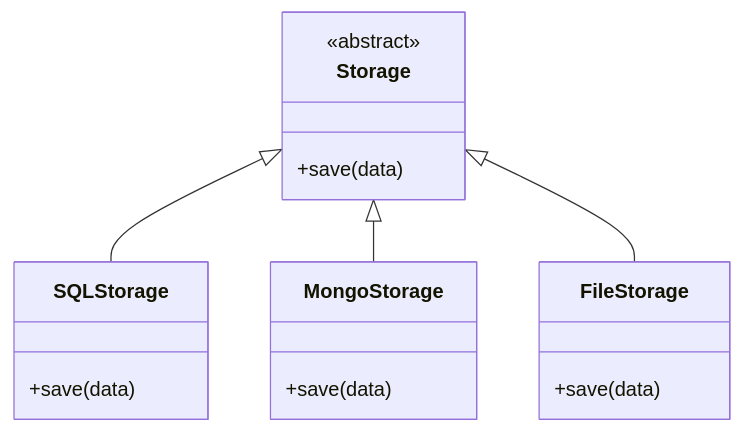
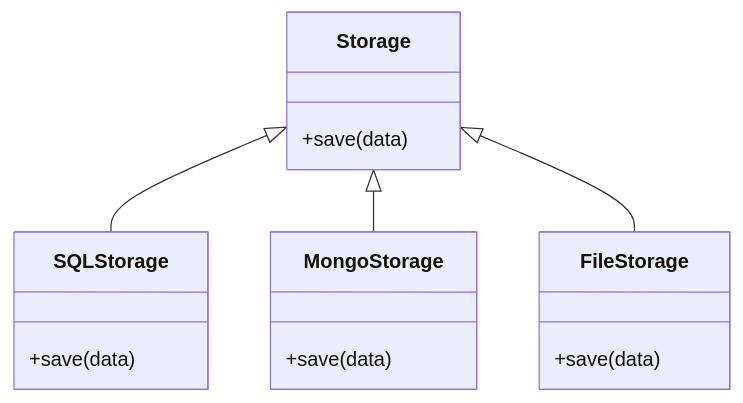
One commit to gojosatoru123-ux/CacheU changed the third of 10 diagrams in src/content/lld-solid-principles.md. Above: the diagram before and after it, drawn with Mermaid. The commit also changed other lines of this file and 21 other files, not shown here.

````diff
--- a/src/content/lld-solid-principles.md
+++ b/src/content/lld-solid-principles.md
@@ -303,23 +303,22 @@
 ```mermaid
 classDiagram
     class Storage {
-        <<abstract>>
         +save(data)
     }
 
     class SQLStorage {
         +save(data)
     }
 
     class MongoStorage {
         +save(data)
     }
 
     class FileStorage {
         +save(data)
     }
 
     Storage <|-- SQLStorage
     Storage <|-- MongoStorage
     Storage <|-- FileStorage
 ```
````
